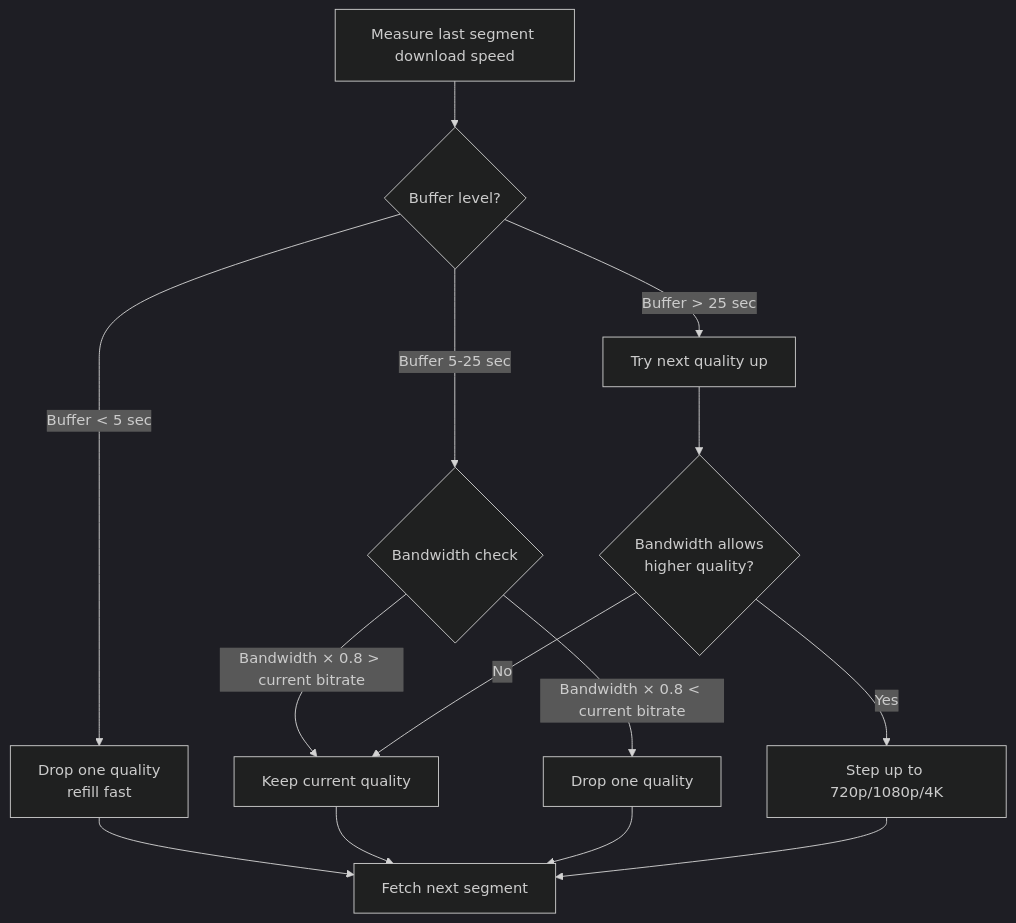
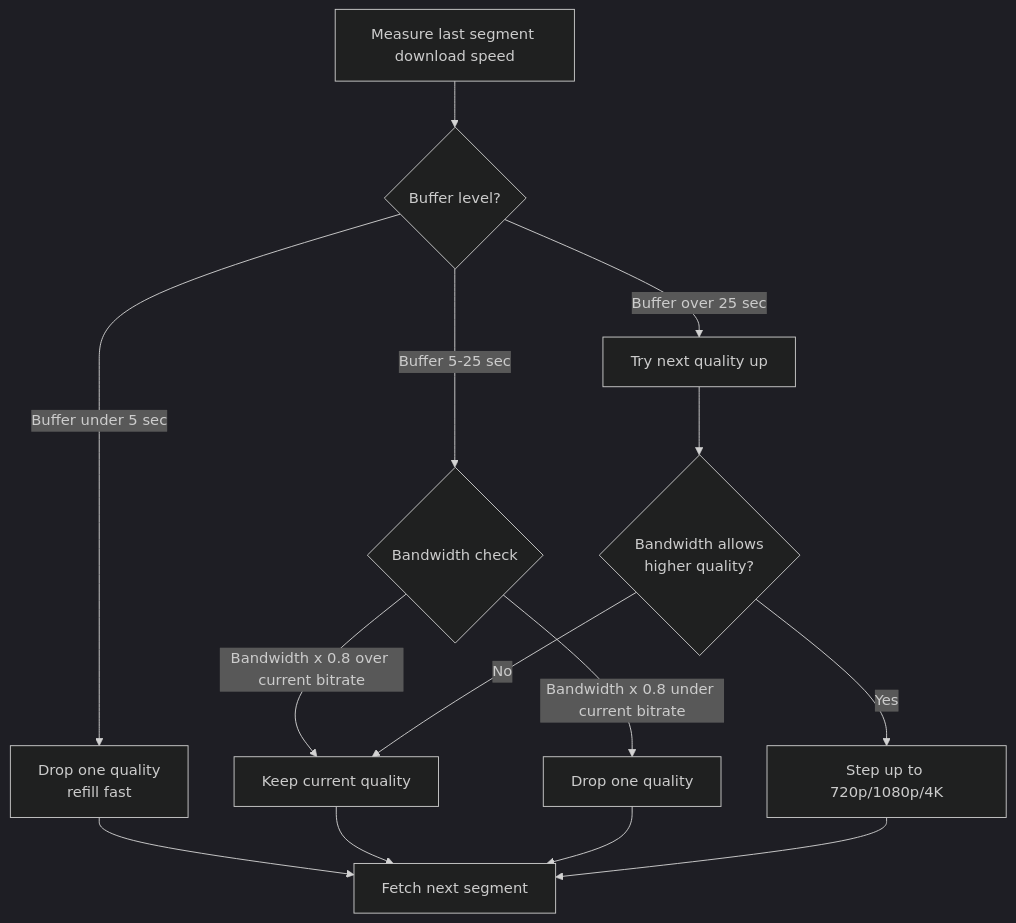
One commit to shiningflash/shiningflash.github.io changed the third of 3 diagrams in _practice/system-design/006-video-streaming.md. Above: the diagram before and after it, drawn with Mermaid (dark theme). The commit also changed 6 other files, not shown here.

````diff
--- a/_practice/system-design/006-video-streaming.md
+++ b/_practice/system-design/006-video-streaming.md
@@ -420,18 +420,18 @@
 ```mermaid
 flowchart TD
     A[Measure last segment download speed] --> B{Buffer level?}
-    B -->|Buffer < 5 sec| C[Drop one quality<br/>refill fast]
+    B -->|Buffer under 5 sec| C[Drop one quality<br/>refill fast]
     B -->|Buffer 5-25 sec| D{Bandwidth check}
-    B -->|Buffer > 25 sec| E[Try next quality up]
+    B -->|Buffer over 25 sec| E[Try next quality up]
 
-    D -->|Bandwidth × 0.8 > current bitrate| F[Keep current quality]
-    D -->|Bandwidth × 0.8 < current bitrate| G[Drop one quality]
+    D -->|Bandwidth x 0.8 over current bitrate| F[Keep current quality]
+    D -->|Bandwidth x 0.8 under current bitrate| G[Drop one quality]
 
     C --> H[Fetch next segment]
     F --> H
     G --> H
     E --> I{Bandwidth allows<br/>higher quality?}
     I -->|Yes| J[Step up to 720p/1080p/4K]
     I -->|No| F
     J --> H
 ```
````
